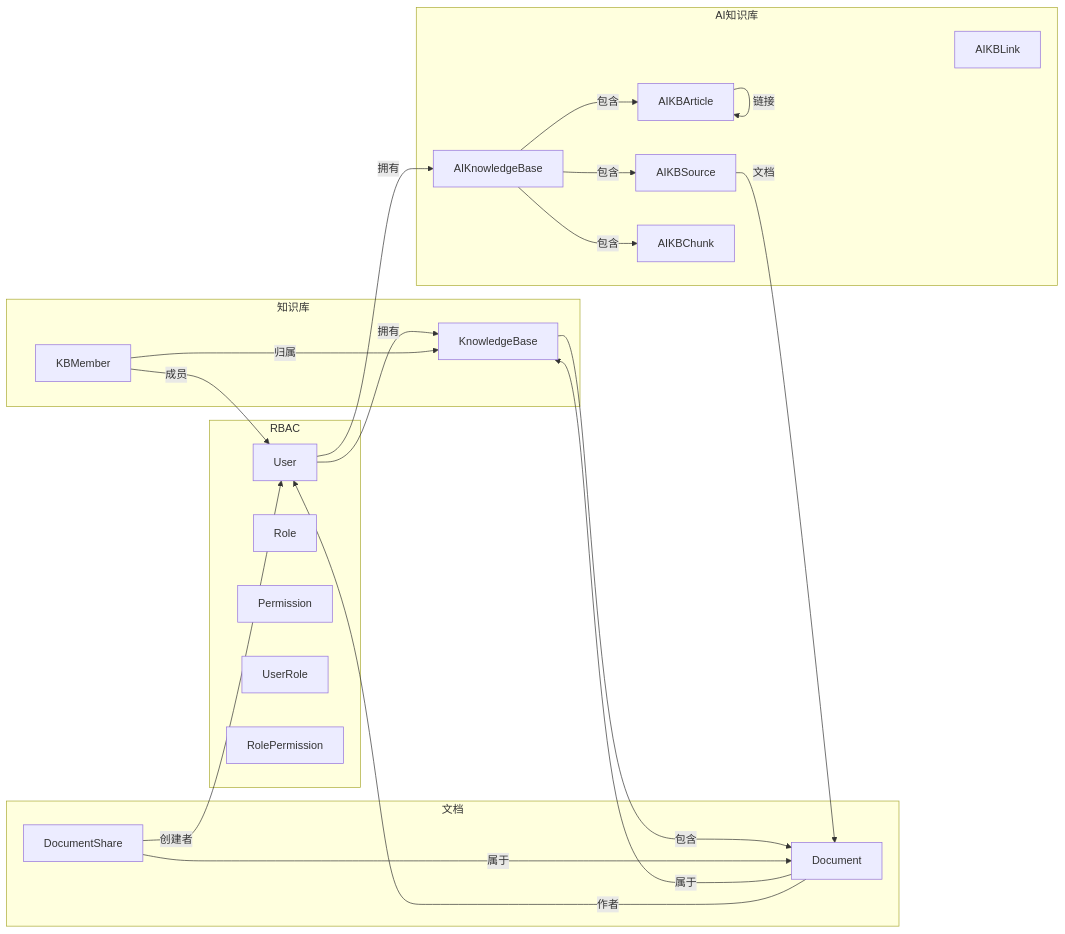
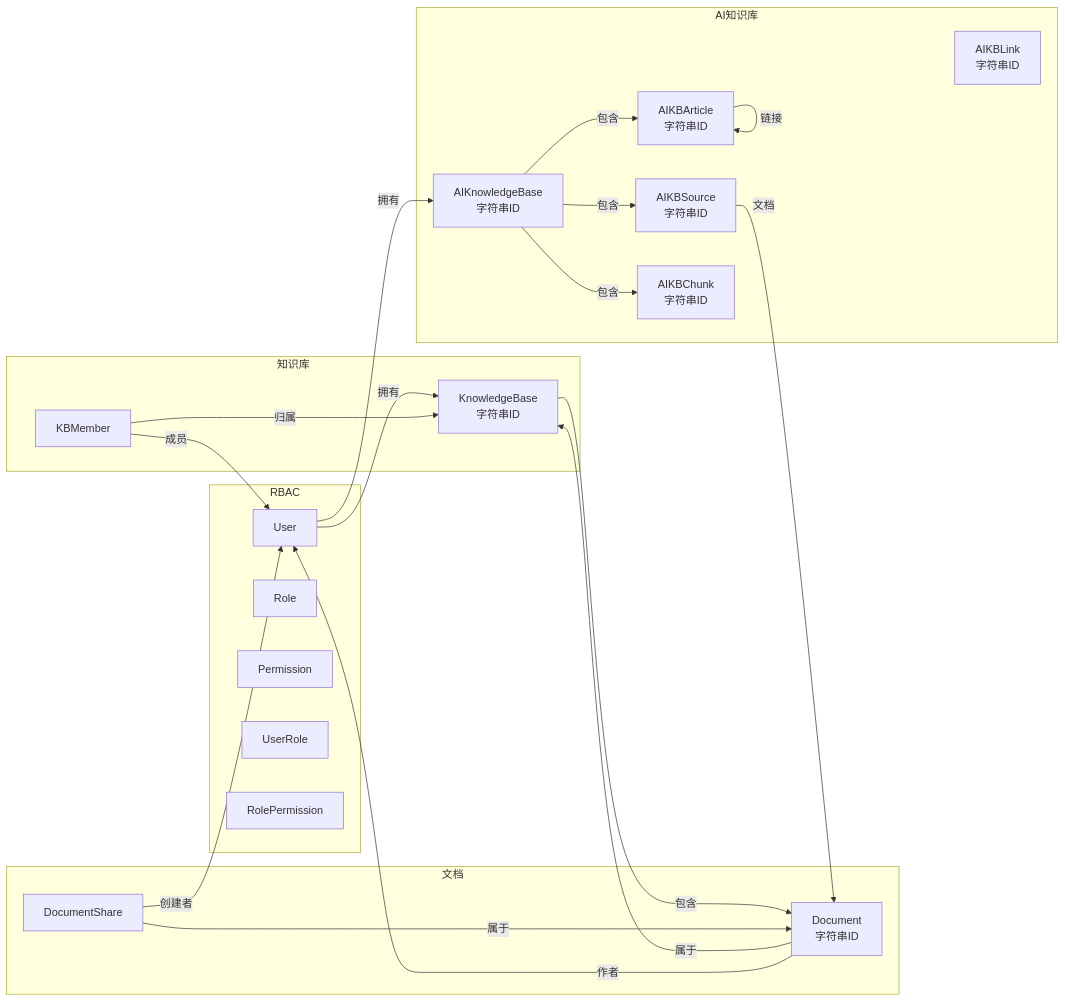
One commit to beyondalbert/my_wiki changed the second of 7 diagrams in .qoder/repowiki/zh/content/架构设计/数据持久化架构/模型设计原则.md. Above: the diagram before and after it, drawn with Mermaid. The commit also changed other lines of this file and 21 other files, not shown here.

````diff
--- a/.qoder/repowiki/zh/content/架构设计/数据持久化架构/模型设计原则.md
+++ b/.qoder/repowiki/zh/content/架构设计/数据持久化架构/模型设计原则.md
@@ -86,39 +99,39 @@
 ```mermaid
 graph LR
 subgraph "RBAC"
 U["User"]
 R["Role"]
 P["Permission"]
 UR["UserRole"]
 RP["RolePermission"]
 end
 subgraph "知识库"
-KB["KnowledgeBase"]
+KB["KnowledgeBase<br/>字符串ID"]
 KBM["KBMember"]
 end
 subgraph "文档"
-D["Document"]
+D["Document<br/>字符串ID"]
 DS["DocumentShare"]
 end
 subgraph "AI知识库"
-AIKB["AIKnowledgeBase"]
-AIDOC["AIKBSource"]
-ART["AIKBArticle"]
-LINK["AIKBLink"]
-CHUNK["AIKBChunk"]
+AIKB["AIKnowledgeBase<br/>字符串ID"]
+AIDOC["AIKBSource<br/>字符串ID"]
+ART["AIKBArticle<br/>字符串ID"]
+LINK["AIKBLink<br/>字符串ID"]
+CHUNK["AIKBChunk<br/>字符串ID"]
 end
 U -- "拥有" --> KB
 U -- "拥有" --> AIKB
 KB -- "包含" --> D
 D -- "属于" --> KB
 D -- "作者" --> U
 DS -- "属于" --> D
 DS -- "创建者" --> U
 KBM -- "成员" --> U
 KBM -- "归属" --> KB
 AIKB -- "包含" --> AIDOC
 AIDOC -- "文档" --> D
 AIKB -- "包含" --> ART
 ART -- "链接" --> ART
 AIKB -- "包含" --> CHUNK
 ```
````
